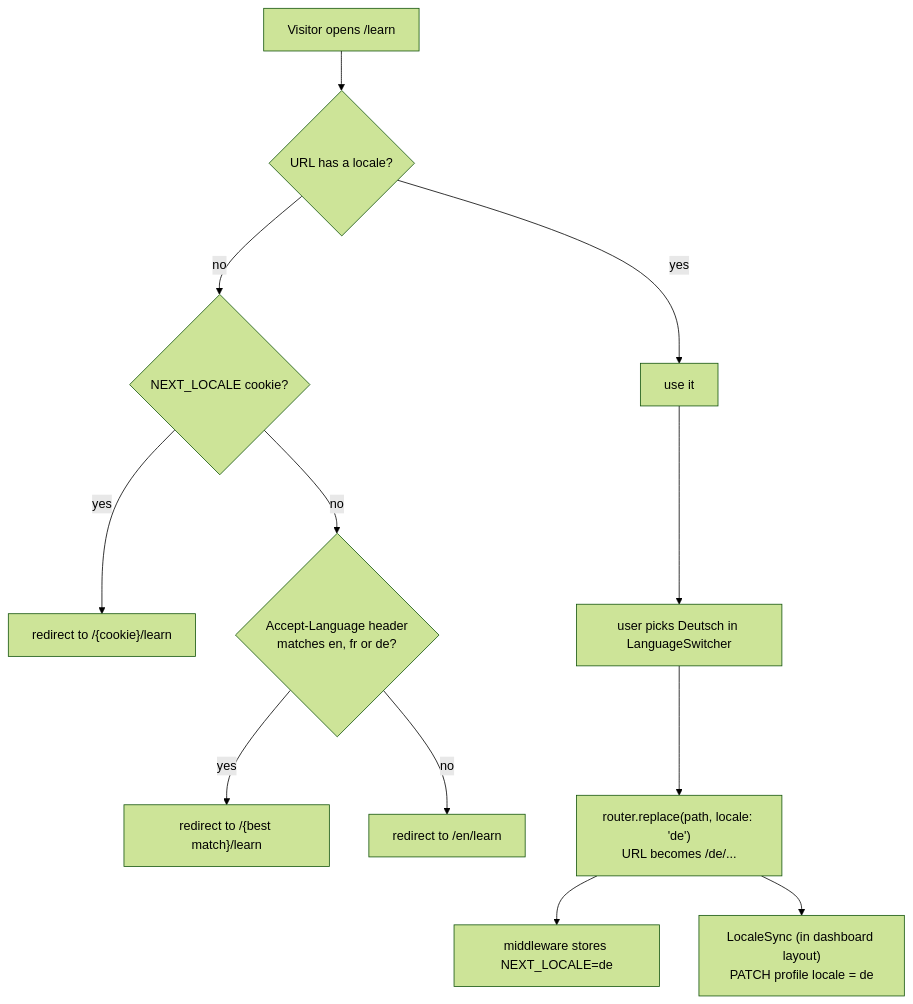
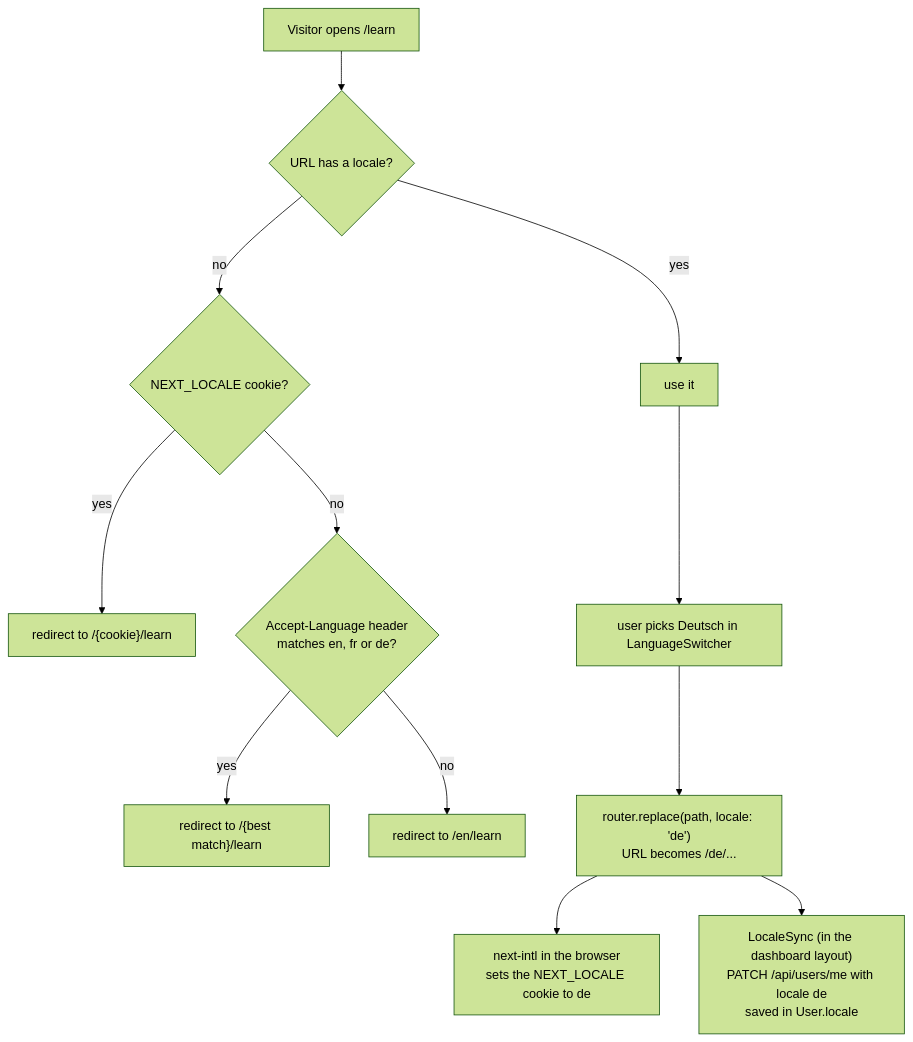
The sixth of 6 diagrams in docs/web/02-routing-layouts-i18n.md (VictorBro/ft_transcendence), drawn with Mermaid (forest theme) before and after one commit. The commit also changed other lines of this file and 85 other files, not shown here.

````diff
--- a/docs/web/02-routing-layouts-i18n.md
+++ b/docs/web/02-routing-layouts-i18n.md
@@ -744,14 +779,14 @@
 ```mermaid
 flowchart TD
     A["Visitor opens /learn"] --> B{"URL has a locale?"}
     B -- yes --> USE["use it"]
     B -- no --> C{"NEXT_LOCALE cookie?"}
     C -- yes --> R["redirect to /{cookie}/learn"]
     C -- no --> D{"Accept-Language header<br/>matches en, fr or de?"}
     D -- yes --> R2["redirect to /{best match}/learn"]
     D -- no --> R3["redirect to /en/learn"]
     USE --> E["user picks Deutsch in LanguageSwitcher"]
     E --> F["router.replace(path, locale: 'de')<br/>URL becomes /de/..."]
-    F --> G["middleware stores NEXT_LOCALE=de"]
-    F --> H["LocaleSync (in dashboard layout)<br/>PATCH profile locale = de"]
+    F --> G["next-intl in the browser<br/>sets the NEXT_LOCALE cookie to de"]
+    F --> H["LocaleSync (in the dashboard layout)<br/>PATCH /api/users/me with locale de<br/>saved in User.locale"]
 ```
````
